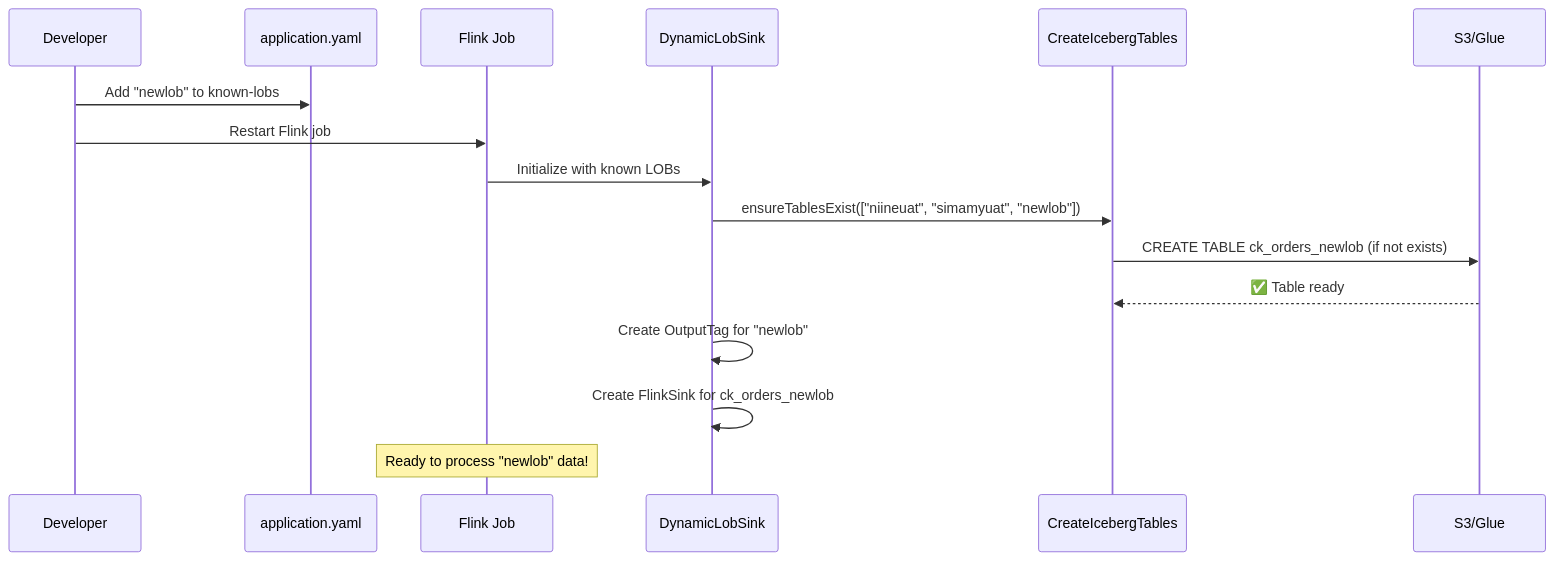
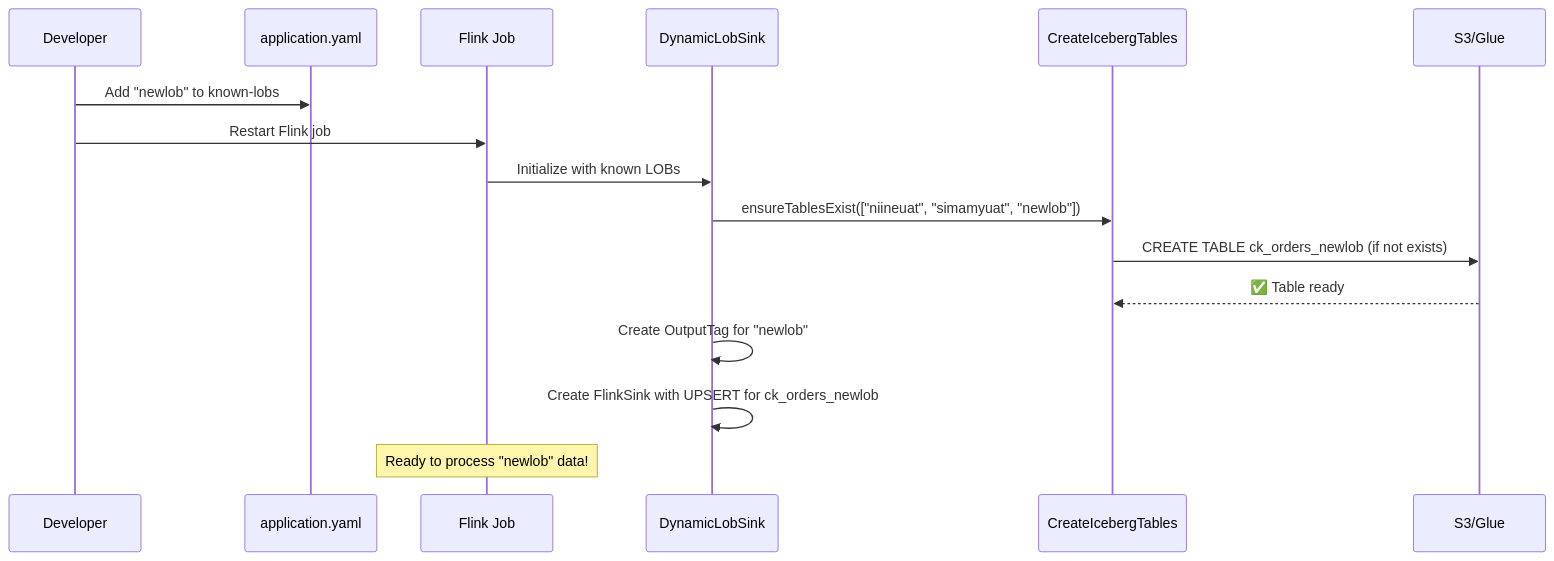
The sixth of 6 diagrams in ARCHITECTURE.md (kartikrana-source/CDC-salescode-R), drawn with Mermaid before and after one commit. The commit also changed other lines of this file and 6 other files, not shown here.

````diff
--- a/ARCHITECTURE.md
+++ b/ARCHITECTURE.md
@@ -178,19 +209,19 @@
 ```mermaid
 sequenceDiagram
     participant Dev as Developer
     participant YAML as application.yaml
     participant Job as Flink Job
     participant DLS as DynamicLobSink
     participant CIT as CreateIcebergTables
     participant S3 as S3/Glue
 
     Dev->>YAML: Add "newlob" to known-lobs
     Dev->>Job: Restart Flink job
     Job->>DLS: Initialize with known LOBs
     DLS->>CIT: ensureTablesExist(["niineuat", "simamyuat", "newlob"])
     CIT->>S3: CREATE TABLE ck_orders_newlob (if not exists)
     S3-->>CIT: ✅ Table ready
     DLS->>DLS: Create OutputTag for "newlob"
-    DLS->>DLS: Create FlinkSink for ck_orders_newlob
+    DLS->>DLS: Create FlinkSink with UPSERT for ck_orders_newlob
     Note over Job: Ready to process "newlob" data!
 ```
````
